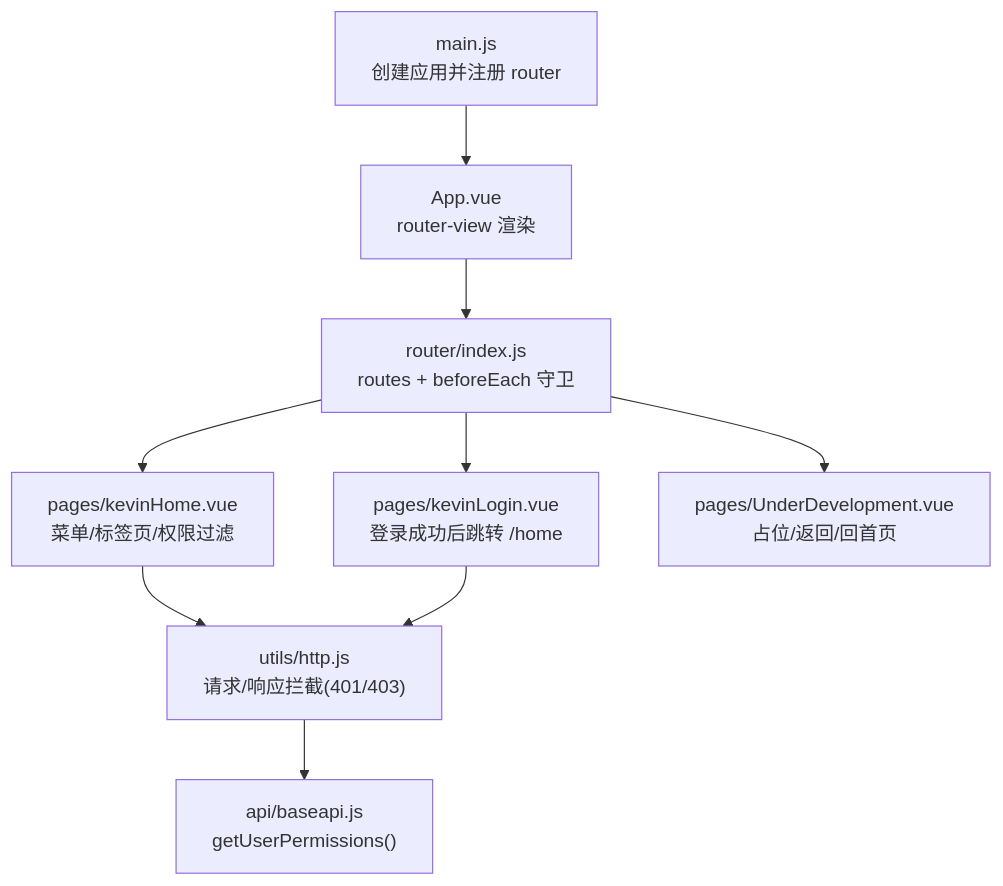
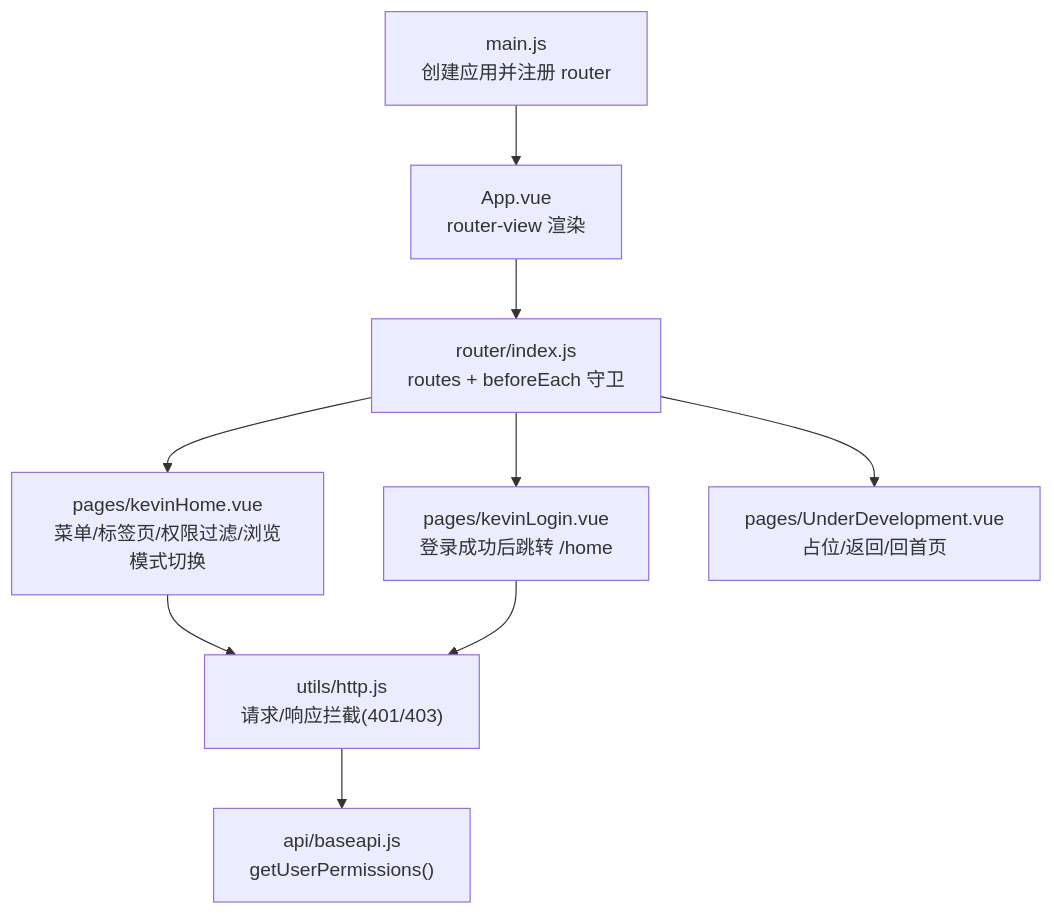
The first of 8 diagrams in .qoder/repowiki/zh/content/前端架构/路由管理.md (junkai-li/NetCoreKevin), drawn with Mermaid before and after one commit. The commit also changed other lines of this file and 39 other files, not shown here.

````diff
--- a/.qoder/repowiki/zh/content/前端架构/路由管理.md
+++ b/.qoder/repowiki/zh/content/前端架构/路由管理.md
@@ -48,11 +56,11 @@
 ```mermaid
 graph TB
 A["main.js<br/>创建应用并注册 router"] --> B["App.vue<br/>router-view 渲染"]
 B --> C["router/index.js<br/>routes + beforeEach 守卫"]
-C --> D["pages/kevinHome.vue<br/>菜单/标签页/权限过滤"]
+C --> D["pages/kevinHome.vue<br/>菜单/标签页/权限过滤/浏览模式切换"]
 C --> E["pages/kevinLogin.vue<br/>登录成功后跳转 /home"]
 C --> F["pages/UnderDevelopment.vue<br/>占位/返回/回首页"]
 D --> G["utils/http.js<br/>请求/响应拦截(401/403)"]
 E --> G
 G --> H["api/baseapi.js<br/>getUserPermissions()"]
 ```
````
